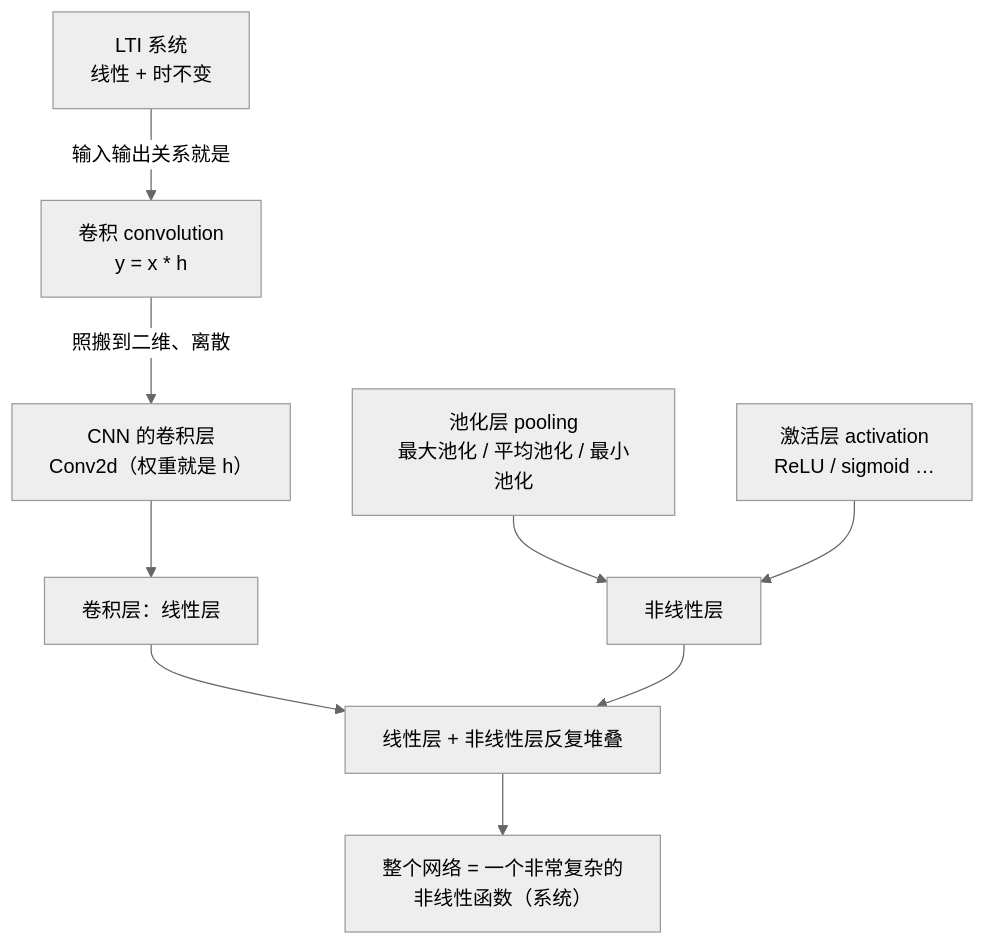
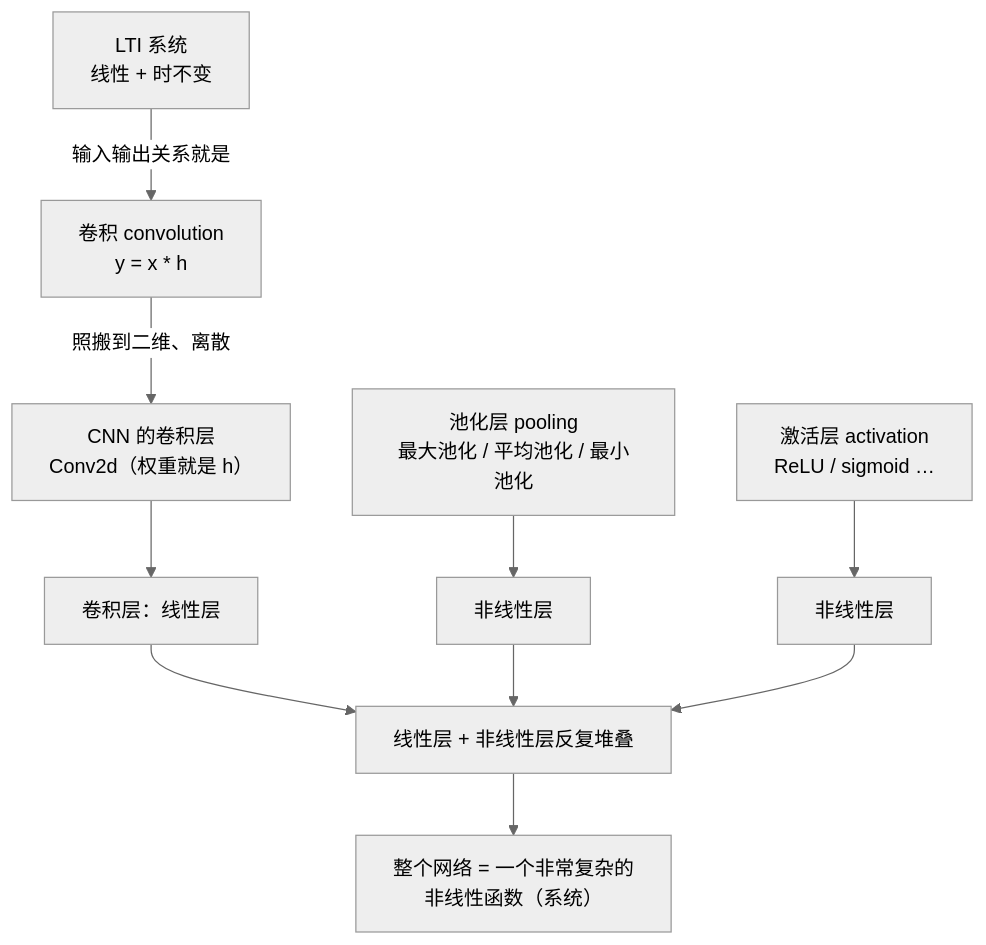
Before and after one commit to KayeAdams515/ClaudeNotes: diagram 14 of 14 in 信号与系统/L01 绪论 Introduction.md, drawn with Mermaid (neutral theme). The commit also changed other lines of this file and 23 other files, not shown here.

````diff
--- a/信号与系统/L01 绪论 Introduction.md
+++ b/信号与系统/L01 绪论 Introduction.md
@@ -802,11 +1048,12 @@
 ```mermaid
 flowchart TD
     L["LTI 系统<br/>线性 + 时不变"] -->|"输入输出关系就是"| C["卷积 convolution<br/>y = x * h"]
     C -->|"照搬到二维、离散"| CNN["CNN 的卷积层<br/>Conv2d（权重就是 h）"]
     CNN --> N1["卷积层：线性层"]
     P["池化层 pooling<br/>最大池化 / 平均池化 / 最小池化"] --> N2["非线性层"]
-    A["激活层 activation<br/>ReLU / sigmoid …"] --> N2
+    A["激活层 activation<br/>ReLU / sigmoid …"] --> N3["非线性层"]
     N1 --> S["线性层 + 非线性层反复堆叠"]
     N2 --> S
+    N3 --> S
     S --> F["整个网络 = 一个非常复杂的<br/>非线性函数（系统）"]
 ```
````
